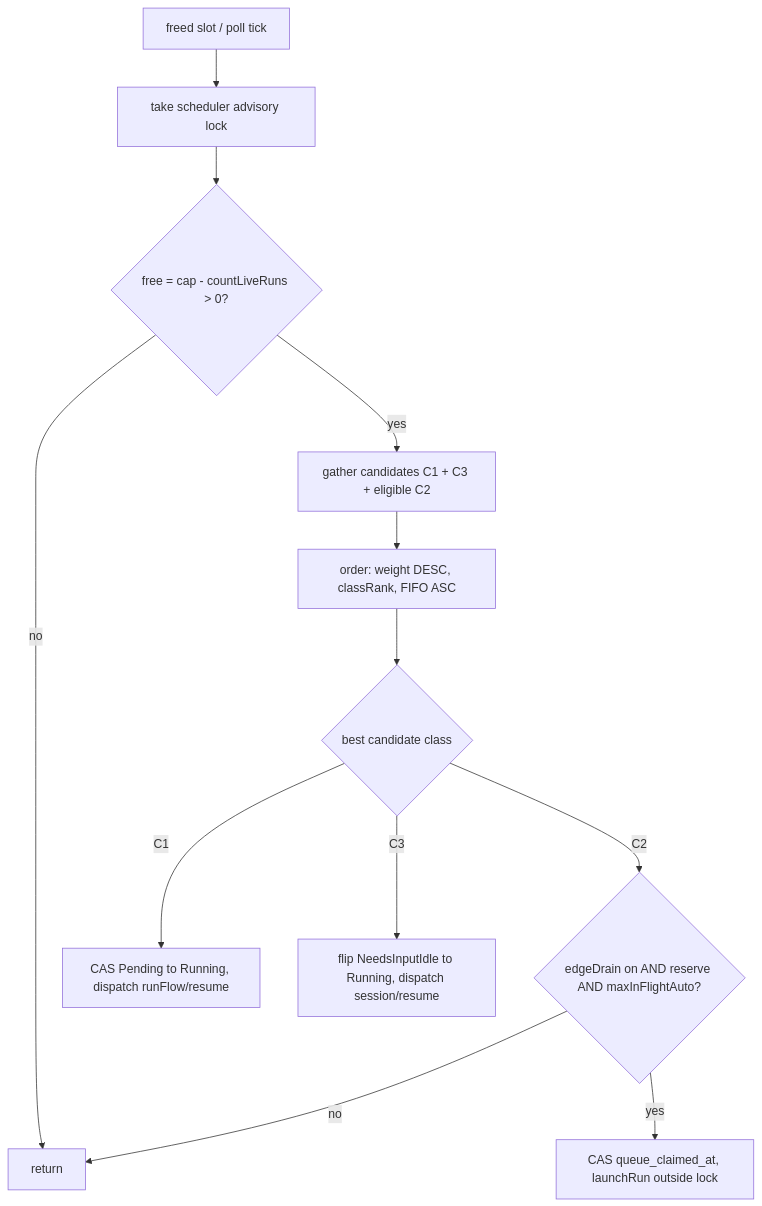
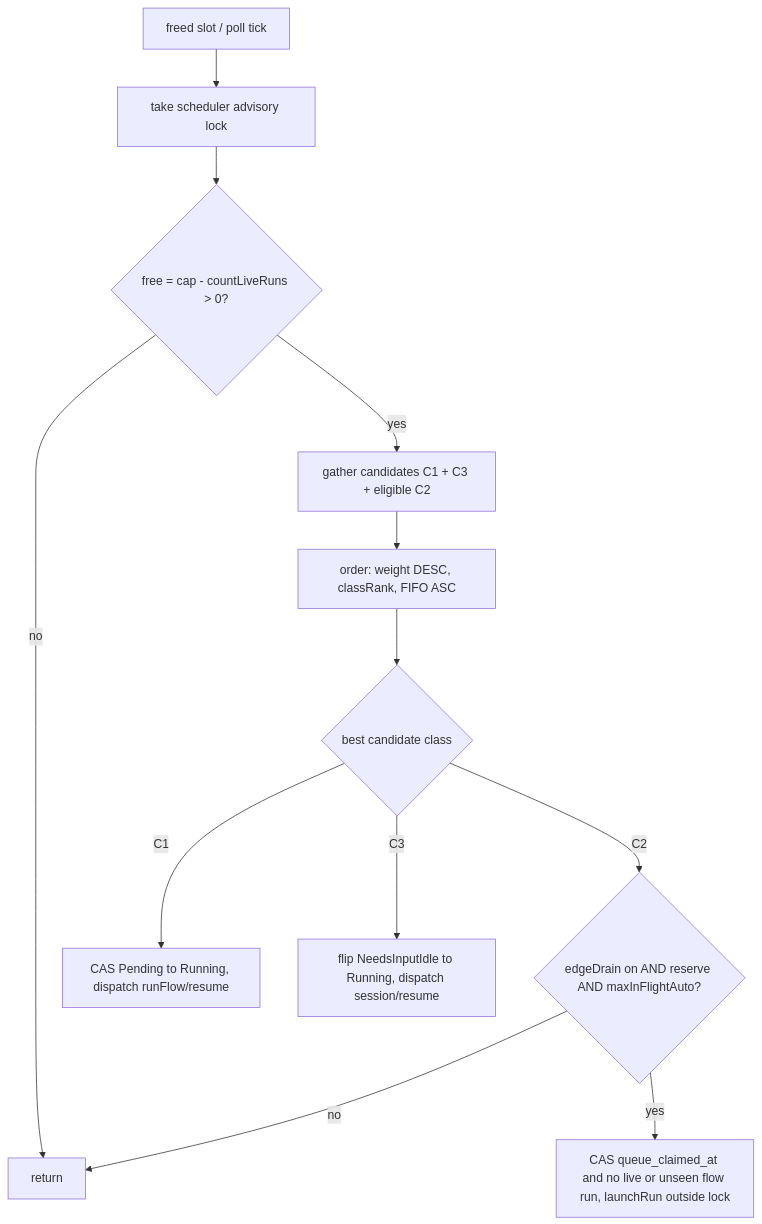
Before and after one commit to maister-dev/maister: the second of 2 diagrams in docs/system-analytics/task-queue.md, drawn with Mermaid. The commit also changed other lines of this file and 6 other files, not shown here.

````diff
--- a/docs/system-analytics/task-queue.md
+++ b/docs/system-analytics/task-queue.md
@@ -70,14 +77,14 @@
 ```mermaid
 flowchart TD
     A[freed slot / poll tick] --> B[take scheduler advisory lock]
     B --> C{free = cap - countLiveRuns > 0?}
     C -- no --> Z[return]
     C -- yes --> D[gather candidates C1 + C3 + eligible C2]
     D --> E[order: weight DESC, classRank, FIFO ASC]
     E --> F{best candidate class}
     F -- C1 --> G[CAS Pending to Running, dispatch runFlow/resume]
     F -- C3 --> H[flip NeedsInputIdle to Running, dispatch session/resume]
     F -- C2 --> I{edgeDrain on AND reserve AND maxInFlightAuto?}
     I -- no --> Z
-    I -- yes --> J[CAS queue_claimed_at, launchRun outside lock]
+    I -- yes --> J[CAS queue_claimed_at and no live or unseen flow run, launchRun outside lock]
 ```
````
